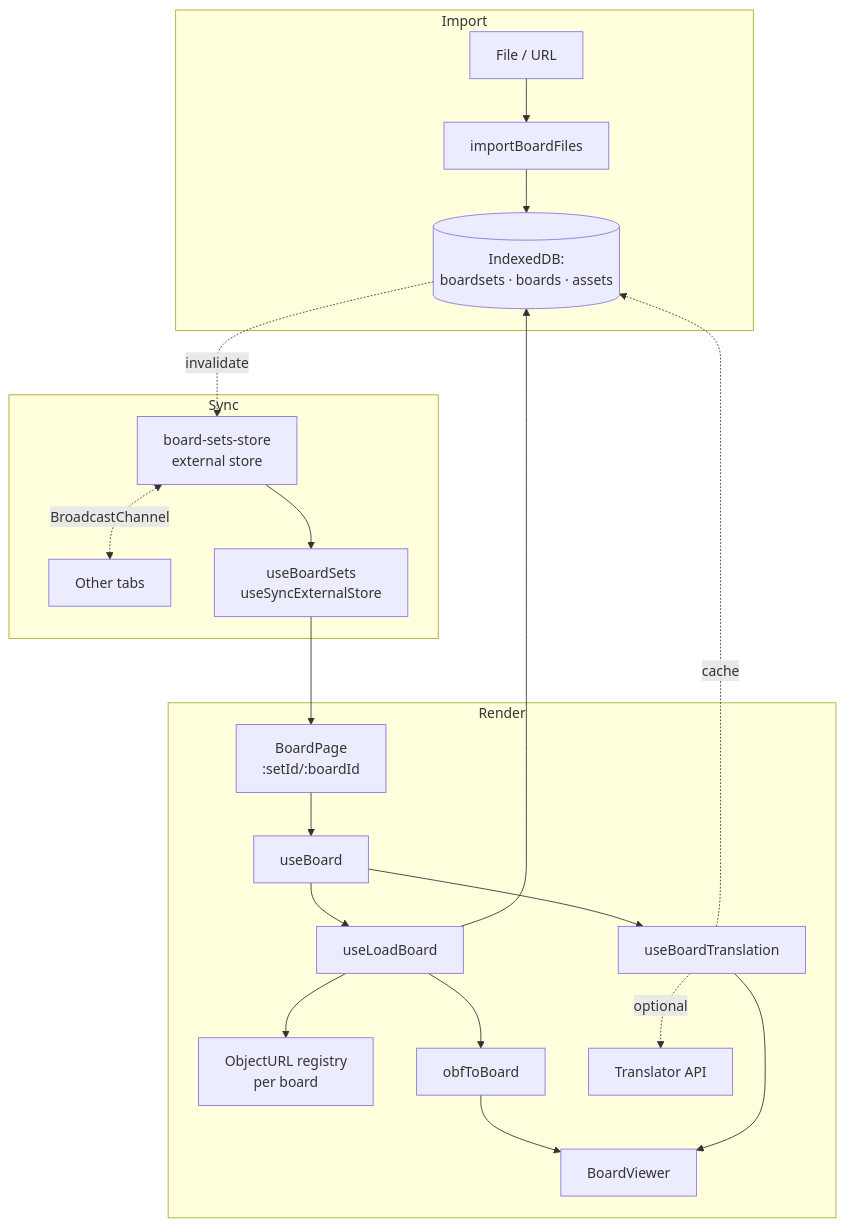
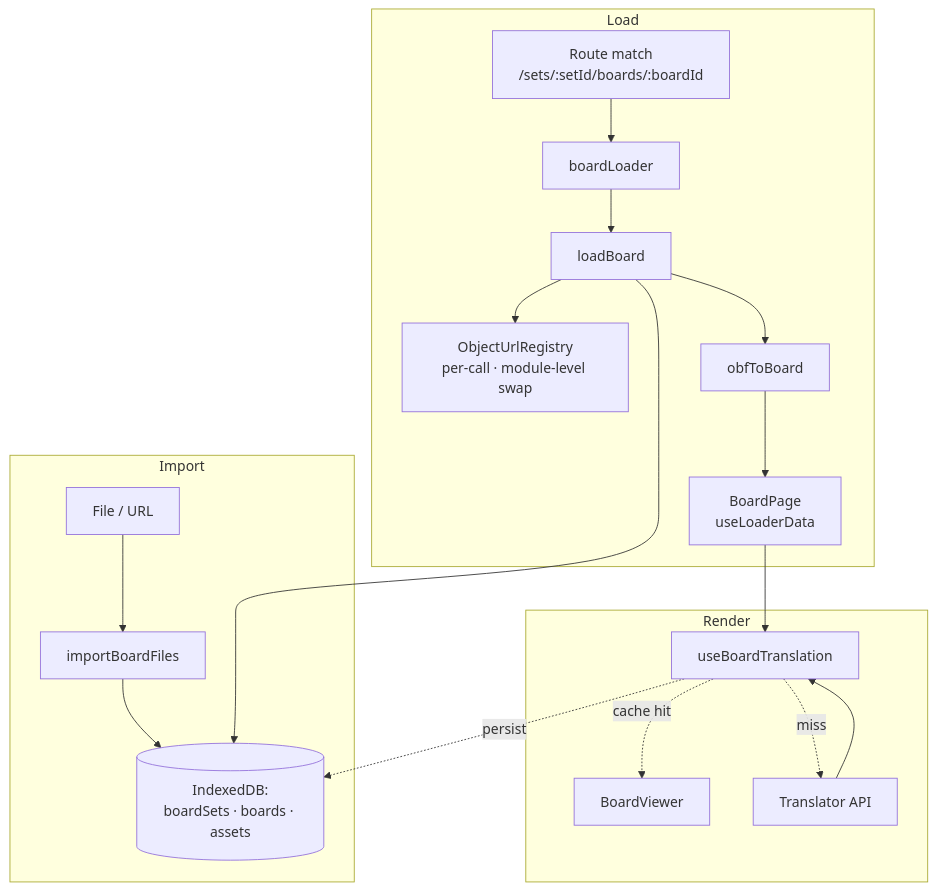
Before and after one commit to shayc/aac-board-ai: the diagram in docs/architecture.md, drawn with Mermaid. The commit also changed other lines of this file, not shown here.

First line of the commit message:
docs: rewrite architecture.md to reflect post-data-mode codebase

````diff
--- a/docs/architecture.md
+++ b/docs/architecture.md
@@ -73,28 +61,24 @@
 ```mermaid
 flowchart TD
   subgraph Import
     A[File / URL] --> B[importBoardFiles]
-    B --> C[(IndexedDB:<br/>boardsets · boards · assets)]
+    B --> C[(IndexedDB:<br/>boardSets · boards · assets)]
   end
 
-  subgraph Sync
-    C -. invalidate .-> D[board-sets-store<br/>external store]
-    D <-. BroadcastChannel .-> D2[Other tabs]
-    D --> E[useBoardSets<br/>useSyncExternalStore]
+  subgraph Load
+    R[Route match<br/>/sets/:setId/boards/:boardId] --> L[boardLoader]
+    L --> Q[loadBoard]
+    Q --> C
+    Q --> O[ObjectUrlRegistry<br/>per-call · module-level swap]
+    Q --> M[obfToBoard]
+    M --> P[BoardPage<br/>useLoaderData]
   end
 
   subgraph Render
-    F[BoardPage<br/>:setId/:boardId] --> G[useBoard]
-    G --> H[useLoadBoard]
-    H --> C
-    H --> I[ObjectURL registry<br/>per board]
-    H --> J[obfToBoard]
-    G --> K[useBoardTranslation]
-    K -. optional .-> L[Translator API]
-    K -. cache .-> C
-    J --> M[BoardViewer]
-    K --> M
+    P --> T[useBoardTranslation]
+    T -. cache hit .-> V[BoardViewer]
+    T -. miss .-> X[Translator API]
+    X --> T
+    T -. persist .-> C
   end
-
-  E --> F
 ```
````
